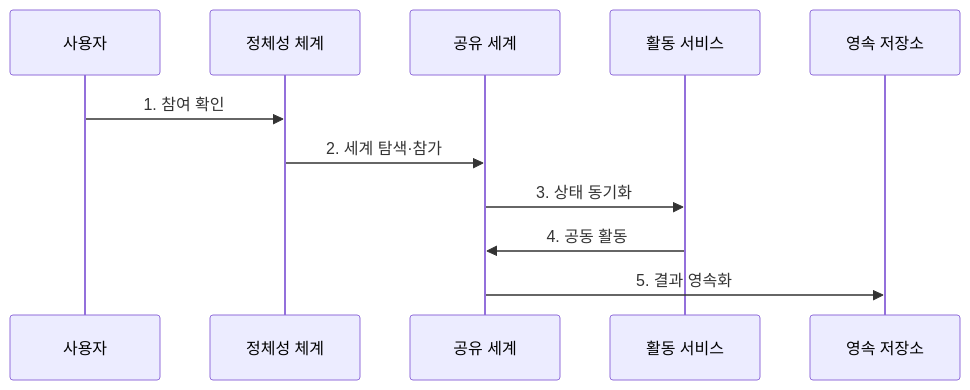
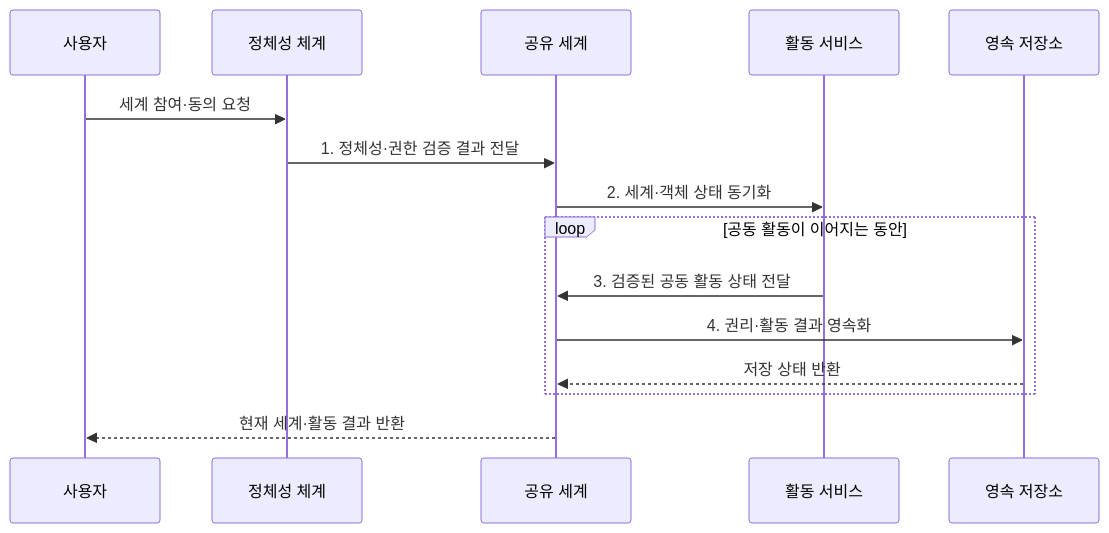
One commit to agnusdei1207/knowledge-base changed the second of 2 diagrams in src/content/docs/notes/08-latest-tech/224_metaverse.md. Above: the diagram before and after it, drawn with Mermaid. The commit also changed other lines of this file and 225 other files, not shown here.

````diff
--- a/src/content/docs/notes/08-latest-tech/224_metaverse.md
+++ b/src/content/docs/notes/08-latest-tech/224_metaverse.md
@@ -76,13 +74,17 @@
 ```mermaid
 sequenceDiagram
   participant U as 사용자
   participant I as 정체성 체계
   participant W as 공유 세계
   participant S as 활동 서비스
   participant P as 영속 저장소
-  U->>I: 1. 참여 확인
-  I->>W: 2. 세계 탐색·참가
-  W->>S: 3. 상태 동기화
-  S->>W: 4. 공동 활동
-  W->>P: 5. 결과 영속화
+  U->>I: 세계 참여·동의 요청
+  I->>W: 1. 정체성·권한 검증 결과 전달
+  W->>S: 2. 세계·객체 상태 동기화
+  loop 공동 활동이 이어지는 동안
+    S->>W: 3. 검증된 공동 활동 상태 전달
+    W->>P: 4. 권리·활동 결과 영속화
+    P-->>W: 저장 상태 반환
+  end
+  W-->>U: 현재 세계·활동 결과 반환
 ```
````
